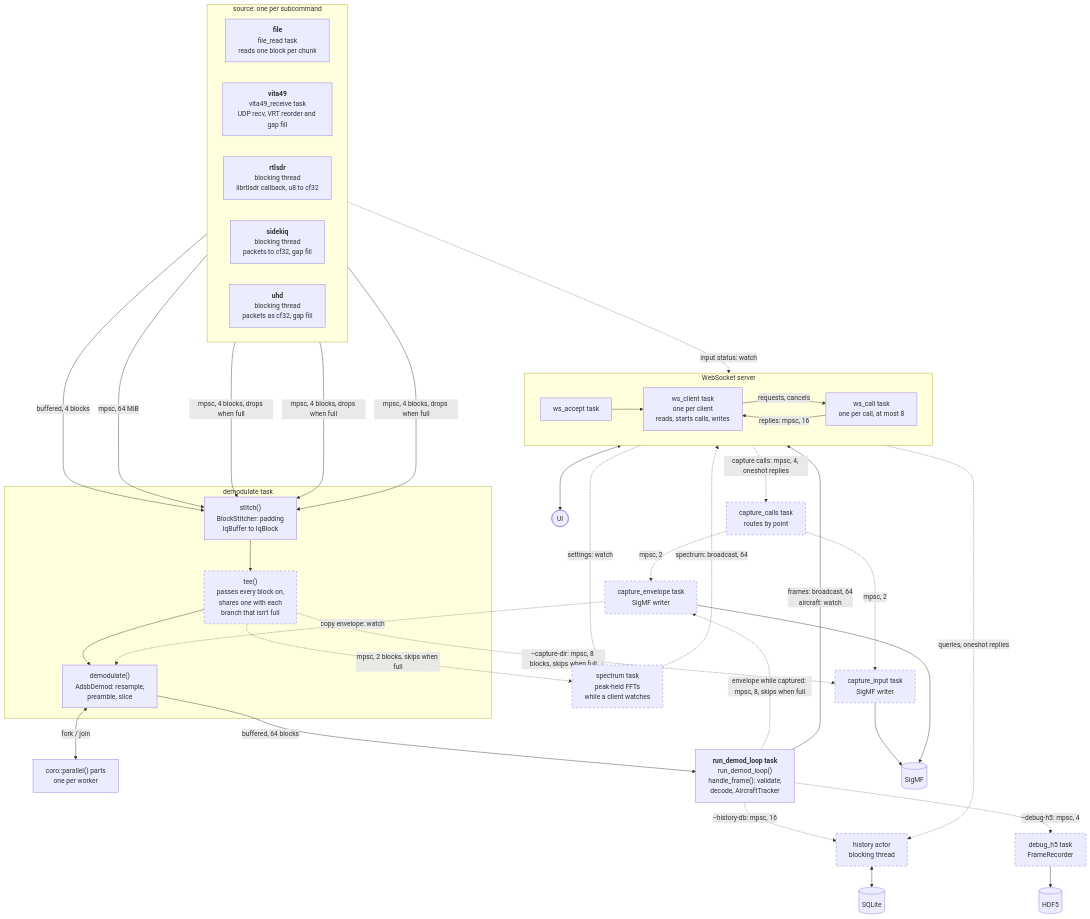
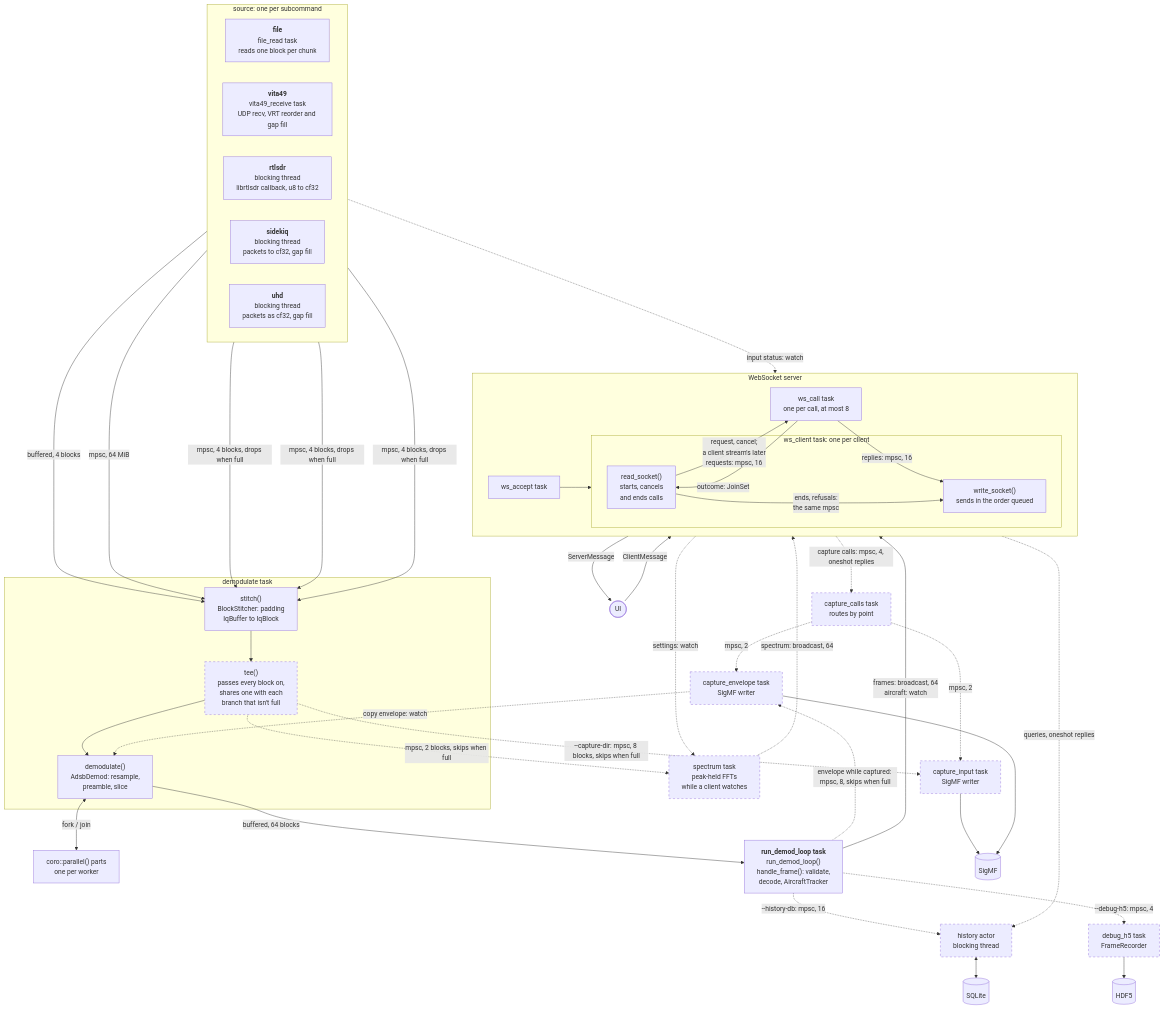
The second of 4 diagrams in README.md (bts164/ADSB-Decoder), drawn with Mermaid before and after one commit. The commit also changed other lines of this file, not shown here.

````diff
--- a/README.md
+++ b/README.md
@@ -263,65 +279,74 @@
 ```mermaid
 flowchart TB
     subgraph source["source: one per subcommand"]
         direction LR
         FILE["<b>file</b><br/>file_read task<br/>reads one block per chunk"]
         VRT["<b>vita49</b><br/>vita49_receive task<br/>UDP recv, VRT reorder and gap fill"]
         RTL["<b>rtlsdr</b><br/>blocking thread<br/>librtlsdr callback, u8 to cf32"]
         SKQ["<b>sidekiq</b><br/>blocking thread<br/>packets to cf32, gap fill"]
         UHD["<b>uhd</b><br/>blocking thread<br/>packets as cf32, gap fill"]
     end
     subgraph dtask["demodulate task"]
         STITCH["stitch()<br/>BlockStitcher: padding<br/>IqBuffer to IqBlock"]
         TEE["tee()<br/>passes every block on,<br/>shares one with each<br/>branch that isn't full"]
         DEMOD["demodulate()<br/>AdsbDemod: resample,<br/>preamble, slice"]
         STITCH --> TEE --> DEMOD
     end
     PAR["coro::parallel() parts<br/>one per worker"]
     SINK["<b>run_demod_loop task</b><br/>run_demod_loop()<br/>handle_frame(): validate,<br/>decode, AircraftTracker"]
     REC["debug_h5 task<br/>FrameRecorder"]
     SPEC["spectrum task<br/>peak-held FFTs<br/>while a client watches"]
     HIST["history actor<br/>blocking thread"]
     CAPR["capture_calls task<br/>routes by point"]
     CAPI["capture_input task<br/>SigMF writer"]
     CAPE["capture_envelope task<br/>SigMF writer"]
     subgraph ws["WebSocket server"]
         direction LR
-        ACC["ws_accept task"] --> CLI["ws_client task<br/>one per client<br/>reads, starts calls, writes"]
-        CLI -- "requests, cancels" --> CALL["ws_call task<br/>one per call, at most 8"]
-        CALL -- "replies: mpsc, 16" --> CLI
+        ACC["ws_accept task"]
+        subgraph client["ws_client task: one per client"]
+            READ["read_socket()<br/>starts, cancels<br/>and ends calls"]
+            WRITE["write_socket()<br/>sends in the order queued"]
+        end
+        CALL["ws_call task<br/>one per call, at most 8"]
+        ACC --> client
+        READ -- "request, cancel;<br/>a client stream's later<br/>requests: mpsc, 16" --> CALL
+        CALL -- "outcome: JoinSet" --> READ
+        CALL -- "replies: mpsc, 16" --> WRITE
+        READ -- "ends, refusals:<br/>the same mpsc" --> WRITE
     end
     H5[("HDF5")]
     DB[("SQLite")]
     SIGMF[("SigMF")]
     UI(["UI"])
 
     FILE -- "buffered, 4 blocks" --> STITCH
     VRT -- "mpsc, 64 MiB" --> STITCH
     RTL -- "mpsc, 4 blocks, drops when full" --> STITCH
     SKQ -- "mpsc, 4 blocks, drops when full" --> STITCH
     UHD -- "mpsc, 4 blocks, drops when full" --> STITCH
     DEMOD <-- "fork / join" --> PAR
     DEMOD -- "buffered, 64 blocks" --> SINK
     SINK -- "frames: broadcast, 64<br/>aircraft: watch" --> CALL
     SINK -. "--history-db: mpsc, 16" .-> HIST
     SINK -. "--debug-h5: mpsc, 4" .-> REC
     REC --> H5
     HIST <--> DB
     TEE -. "mpsc, 2 blocks, skips when full" .-> SPEC
     SPEC -. "spectrum: broadcast, 64" .-> CALL
     CALL -. "settings: watch" .-> SPEC
     VRT -. "input status: watch" .-> CALL
     CALL -. "queries, oneshot replies" .-> HIST
     TEE -. "--capture-dir: mpsc, 8 blocks, skips when full" .-> CAPI
     SINK -. "envelope while captured: mpsc, 8, skips when full" .-> CAPE
     CAPE -. "copy envelope: watch" .-> DEMOD
     CALL -. "capture calls: mpsc, 4, oneshot replies" .-> CAPR
     CAPR -. "mpsc, 2" .-> CAPI
     CAPR -. "mpsc, 2" .-> CAPE
     CAPI --> SIGMF
     CAPE --> SIGMF
-    CLI <--> UI
+    UI -- "ClientMessage" --> READ
+    WRITE -- "ServerMessage" --> UI
 
     classDef optional stroke-dasharray: 5 5
     class TEE,SPEC,REC,HIST,CAPR,CAPI,CAPE optional
 ```
````
